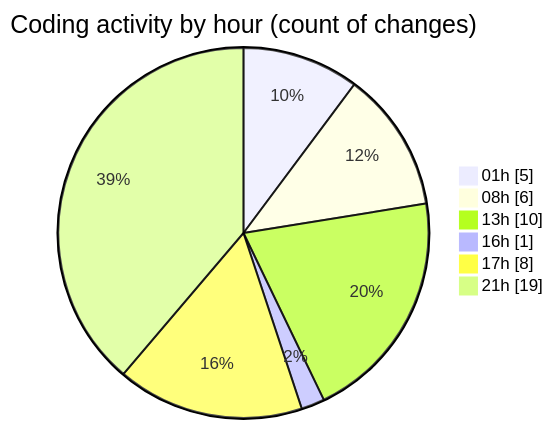
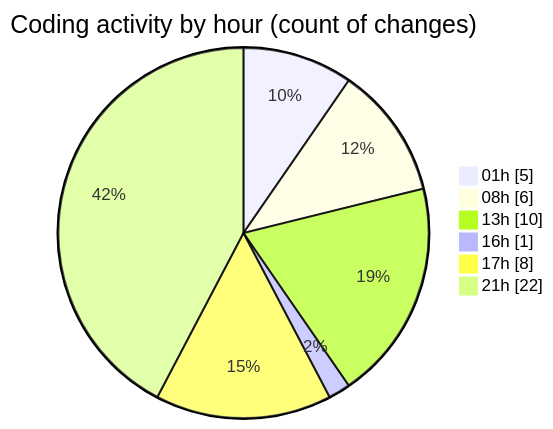
Before and after one commit to tmsrecording-cyber/code-tracking: the second of 2 diagrams in 2026-02-04/singularitybrainai/README.md, drawn with Mermaid. The commit also changed other lines of this file and 1 other file, not shown here.

````diff
--- a/2026-02-04/singularitybrainai/README.md
+++ b/2026-02-04/singularitybrainai/README.md
@@ -35,10 +35,10 @@
 ```mermaid
 pie showData
 title Coding activity by hour (count of changes)
 "01h" : 5
 "08h" : 6
 "13h" : 10
 "16h" : 1
 "17h" : 8
-"21h" : 19
+"21h" : 22
 ```
````
